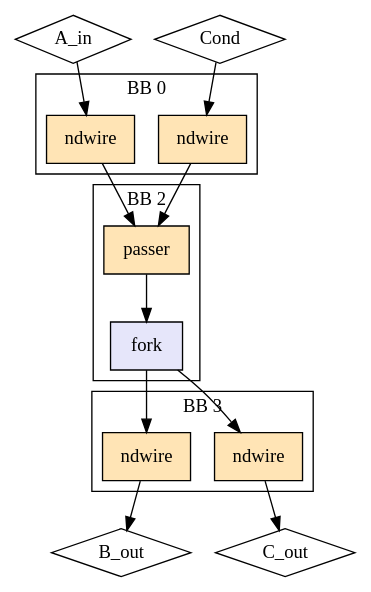
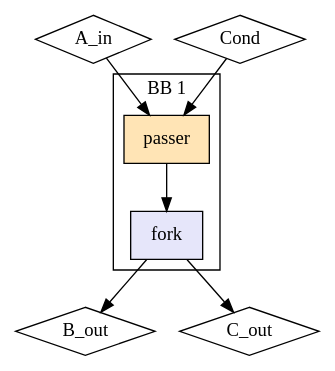
One commit to EPFL-LAP/dynamatic changed the diagram in experimental/tools/elastic-miter/out/sup_fork/lhs_reachability/model.dot. Above: the diagram before and after it, drawn with Graphviz. The commit also changed 932 other files, not shown here.

```diff
--- a/experimental/tools/elastic-miter/out/sup_fork/lhs_reachability/model.dot
+++ b/experimental/tools/elastic-miter/out/sup_fork/lhs_reachability/model.dot
@@ -1,32 +1,18 @@
 Digraph G {
   splines=spline
   compound=true
   "A_in" ["style"="solid", "shape"="diamond", "label"="A_in", "mlir_op"="handshake.func"]
   "Cond" ["style"="solid", "shape"="diamond", "label"="Cond", "mlir_op"="handshake.func"]
   "B_out" ["style"="solid", "shape"="diamond", "label"="B_out", "mlir_op"="handshake.func"]
   "C_out" ["style"="solid", "shape"="diamond", "label"="C_out", "mlir_op"="handshake.func"]
-  "A_in" -> "ndw_in_A_in" ["dir"="both", "style"="solid", "arrowhead"="normal", "from_idx"="0", "to"="ins", "arrowtail"="none", "from"="A_in", "to_idx"="0"]
-  "Cond" -> "ndw_in_Cond" ["dir"="both", "style"="solid", "arrowhead"="normal", "from_idx"="1", "to"="ins", "arrowtail"="none", "from"="Cond", "to_idx"="0"]
-  "ndw_in_A_in" -> "passer1" ["dir"="both", "style"="solid", "arrowhead"="normal", "from_idx"="0", "to"="data", "arrowtail"="none", "from"="outs", "to_idx"="0"]
-  "ndw_in_Cond" -> "passer1" ["dir"="both", "style"="solid", "arrowhead"="normal", "from_idx"="0", "to"="ctrl", "arrowtail"="none", "from"="outs", "to_idx"="1"]
-  "ndw_out_B_out" -> "B_out" ["dir"="both", "style"="solid", "arrowhead"="normal", "from_idx"="0", "to"="B_out", "arrowtail"="none", "from"="outs", "to_idx"="0"]
-  "ndw_out_C_out" -> "C_out" ["dir"="both", "style"="solid", "arrowhead"="normal", "from_idx"="0", "to"="C_out", "arrowtail"="none", "from"="outs", "to_idx"="1"]
-  "fork" -> "ndw_out_B_out" ["dir"="both", "style"="solid", "arrowhead"="normal", "from_idx"="0", "to"="ins", "arrowtail"="none", "from"="outs_0", "to_idx"="0"]
-  "fork" -> "ndw_out_C_out" ["dir"="both", "style"="solid", "arrowhead"="normal", "from_idx"="1", "to"="ins", "arrowtail"="none", "from"="outs_1", "to_idx"="0"]
-  subgraph cluster0 {
-    graph ["label"="BB 0"]
-    "ndw_in_A_in" ["style"="filled", "fillcolor"="moccasin", "shape"="box", "label"="ndwire", "mlir_op"="handshake.ndwire"]
-    "ndw_in_Cond" ["style"="filled", "fillcolor"="moccasin", "shape"="box", "label"="ndwire", "mlir_op"="handshake.ndwire"]
-  }
-  subgraph cluster3 {
-    graph ["label"="BB 3"]
-    "ndw_out_B_out" ["style"="filled", "fillcolor"="moccasin", "shape"="box", "label"="ndwire", "mlir_op"="handshake.ndwire"]
-    "ndw_out_C_out" ["style"="filled", "fillcolor"="moccasin", "shape"="box", "label"="ndwire", "mlir_op"="handshake.ndwire"]
-  }
-  subgraph cluster2 {
-    graph ["label"="BB 2"]
+  "A_in" -> "passer1" ["dir"="both", "style"="solid", "arrowhead"="normal", "from_idx"="0", "to"="data", "arrowtail"="none", "from"="A_in", "to_idx"="0"]
+  "Cond" -> "passer1" ["dir"="both", "style"="solid", "arrowhead"="normal", "from_idx"="1", "to"="ctrl", "arrowtail"="none", "from"="Cond", "to_idx"="1"]
+  "fork" -> "B_out" ["dir"="both", "style"="solid", "arrowhead"="normal", "from_idx"="0", "to"="B_out", "arrowtail"="none", "from"="outs_0", "to_idx"="0"]
+  "fork" -> "C_out" ["dir"="both", "style"="solid", "arrowhead"="normal", "from_idx"="1", "to"="C_out", "arrowtail"="none", "from"="outs_1", "to_idx"="1"]
+  subgraph cluster1 {
+    graph ["label"="BB 1"]
     "passer1" ["style"="filled", "fillcolor"="moccasin", "shape"="box", "label"="passer", "mlir_op"="handshake.passer"]
     "fork" ["style"="filled", "fillcolor"="lavender", "shape"="box", "label"="fork", "mlir_op"="handshake.fork"]
     "passer1" -> "fork" ["dir"="both", "style"="solid", "arrowhead"="normal", "from_idx"="0", "to"="ins", "arrowtail"="none", "from"="result", "to_idx"="0"]
   }
 }
```
